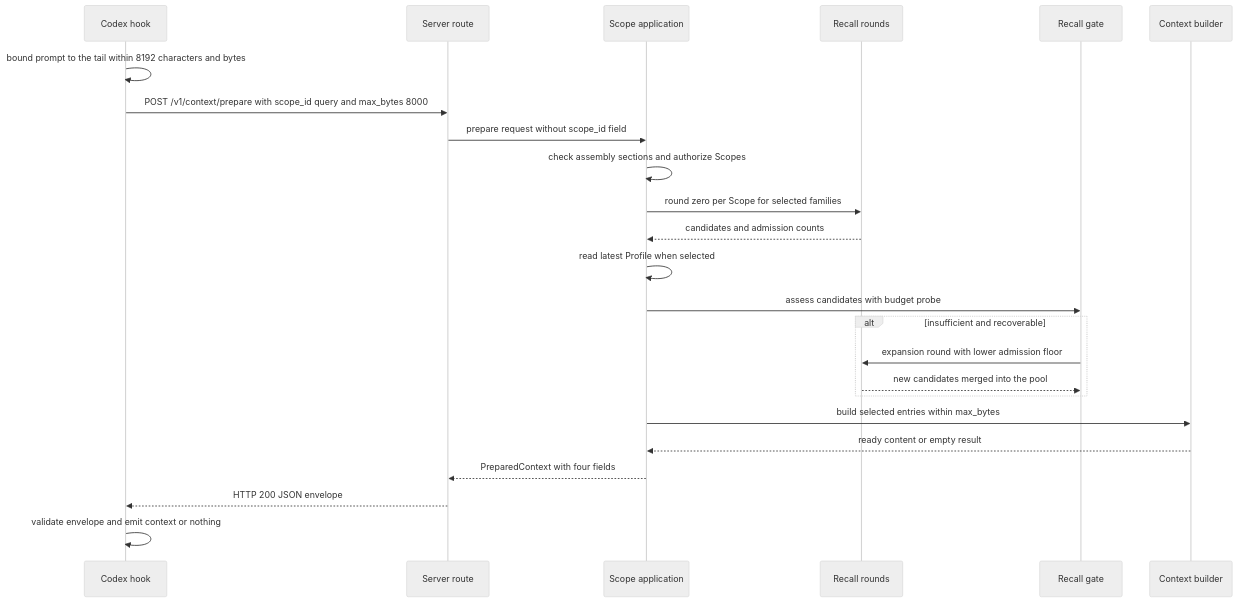
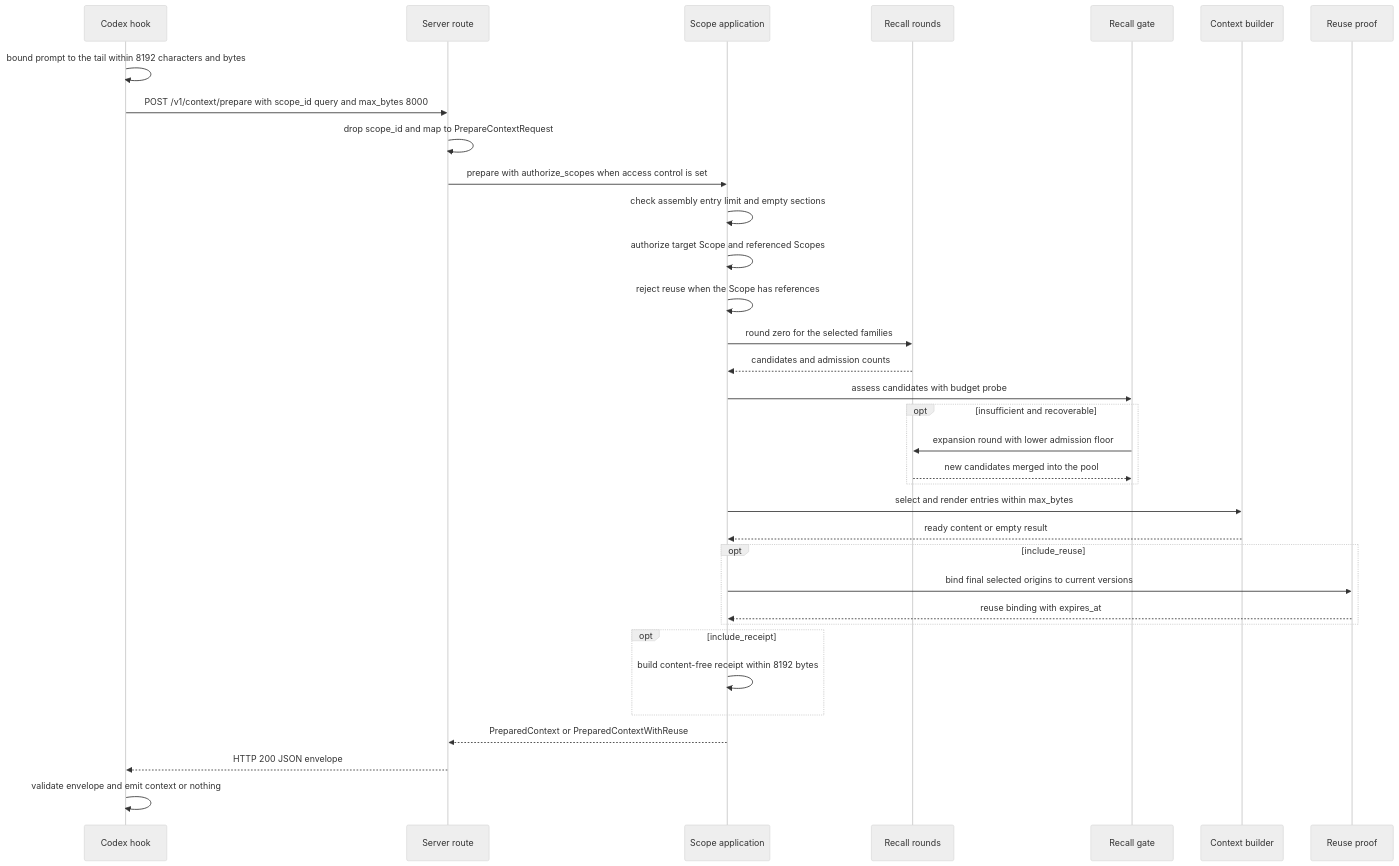
One commit to vieGPT/powercontext-enigma-agent-memory changed the first of 2 diagrams in openwiki/workflows/prepare-and-recall.md. Above: the diagram before and after it, drawn with Mermaid (neutral theme). The commit also changed other lines of this file and 69 other files, not shown here.

````diff
--- a/openwiki/workflows/prepare-and-recall.md
+++ b/openwiki/workflows/prepare-and-recall.md
@@ -81,26 +97,36 @@
 ```mermaid
 sequenceDiagram
     participant Hook as Codex hook
-    participant Server as Server route
-    participant Scoped as Scope application
+    participant Route as Server route
+    participant Scope as Scope application
     participant Recall as Recall rounds
     participant Gate as Recall gate
     participant Builder as Context builder
+    participant Reuse as Reuse proof
     Hook->>Hook: bound prompt to the tail within 8192 characters and bytes
-    Hook->>Server: POST /v1/context/prepare with scope_id query and max_bytes 8000
-    Server->>Scoped: prepare request without scope_id field
-    Scoped->>Scoped: check assembly sections and authorize Scopes
-    Scoped->>Recall: round zero per Scope for selected families
-    Recall-->>Scoped: candidates and admission counts
-    Scoped->>Scoped: read latest Profile when selected
-    Scoped->>Gate: assess candidates with budget probe
-    alt insufficient and recoverable
+    Hook->>Route: POST /v1/context/prepare with scope_id query and max_bytes 8000
+    Route->>Route: drop scope_id and map to PrepareContextRequest
+    Route->>Scope: prepare with authorize_scopes when access control is set
+    Scope->>Scope: check assembly entry limit and empty sections
+    Scope->>Scope: authorize target Scope and referenced Scopes
+    Scope->>Scope: reject reuse when the Scope has references
+    Scope->>Recall: round zero for the selected families
+    Recall-->>Scope: candidates and admission counts
+    Scope->>Gate: assess candidates with budget probe
+    opt insufficient and recoverable
         Gate->>Recall: expansion round with lower admission floor
         Recall-->>Gate: new candidates merged into the pool
     end
-    Scoped->>Builder: build selected entries within max_bytes
-    Builder-->>Scoped: ready content or empty result
-    Scoped-->>Server: PreparedContext with four fields
-    Server-->>Hook: HTTP 200 JSON envelope
+    Scope->>Builder: select and render entries within max_bytes
+    Builder-->>Scope: ready content or empty result
+    opt include_reuse
+        Scope->>Reuse: bind final selected origins to current versions
+        Reuse-->>Scope: reuse binding with expires_at
+    end
+    opt include_receipt
+        Scope->>Scope: build content-free receipt within 8192 bytes
+    end
+    Scope-->>Route: PreparedContext or PreparedContextWithReuse
+    Route-->>Hook: HTTP 200 JSON envelope
     Hook->>Hook: validate envelope and emit context or nothing
 ```
````
